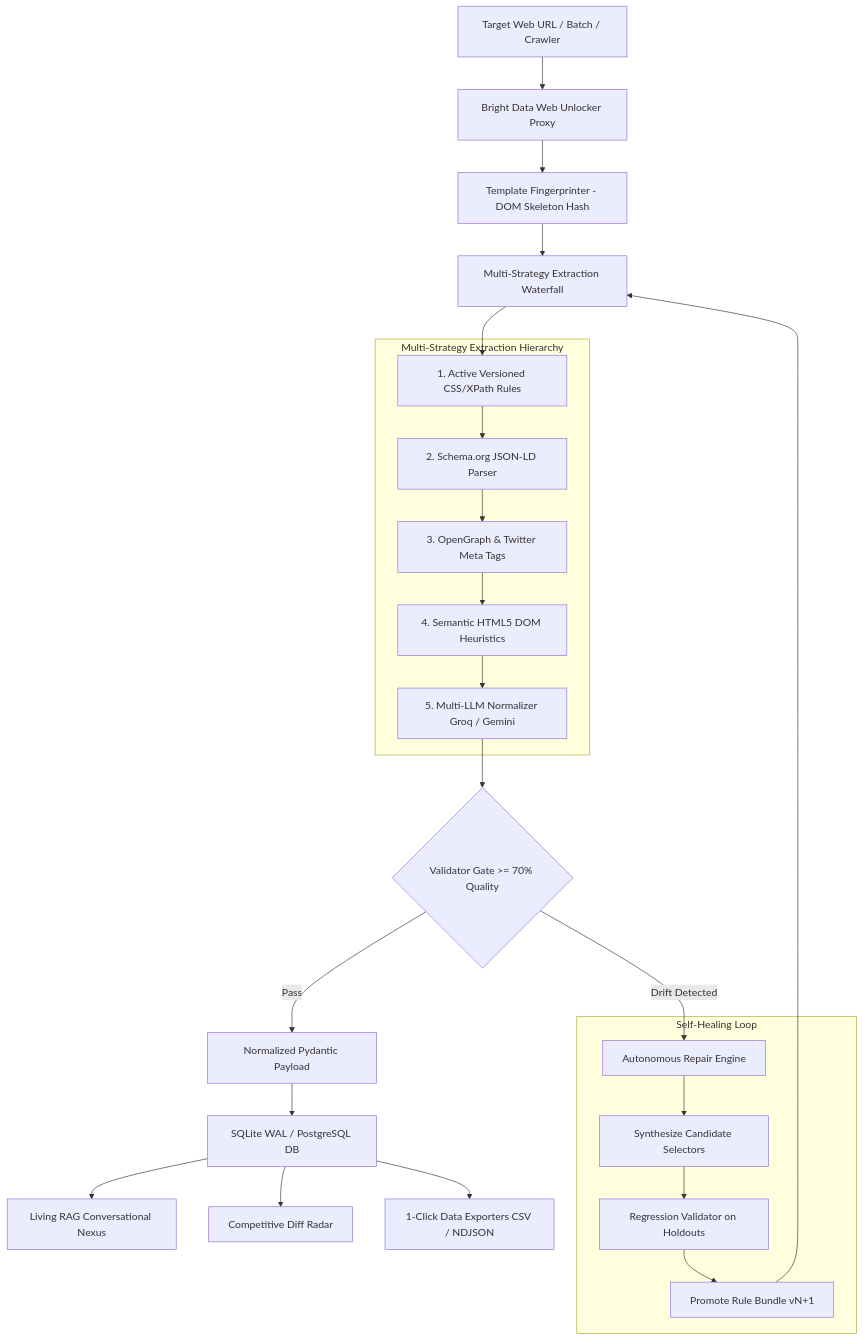
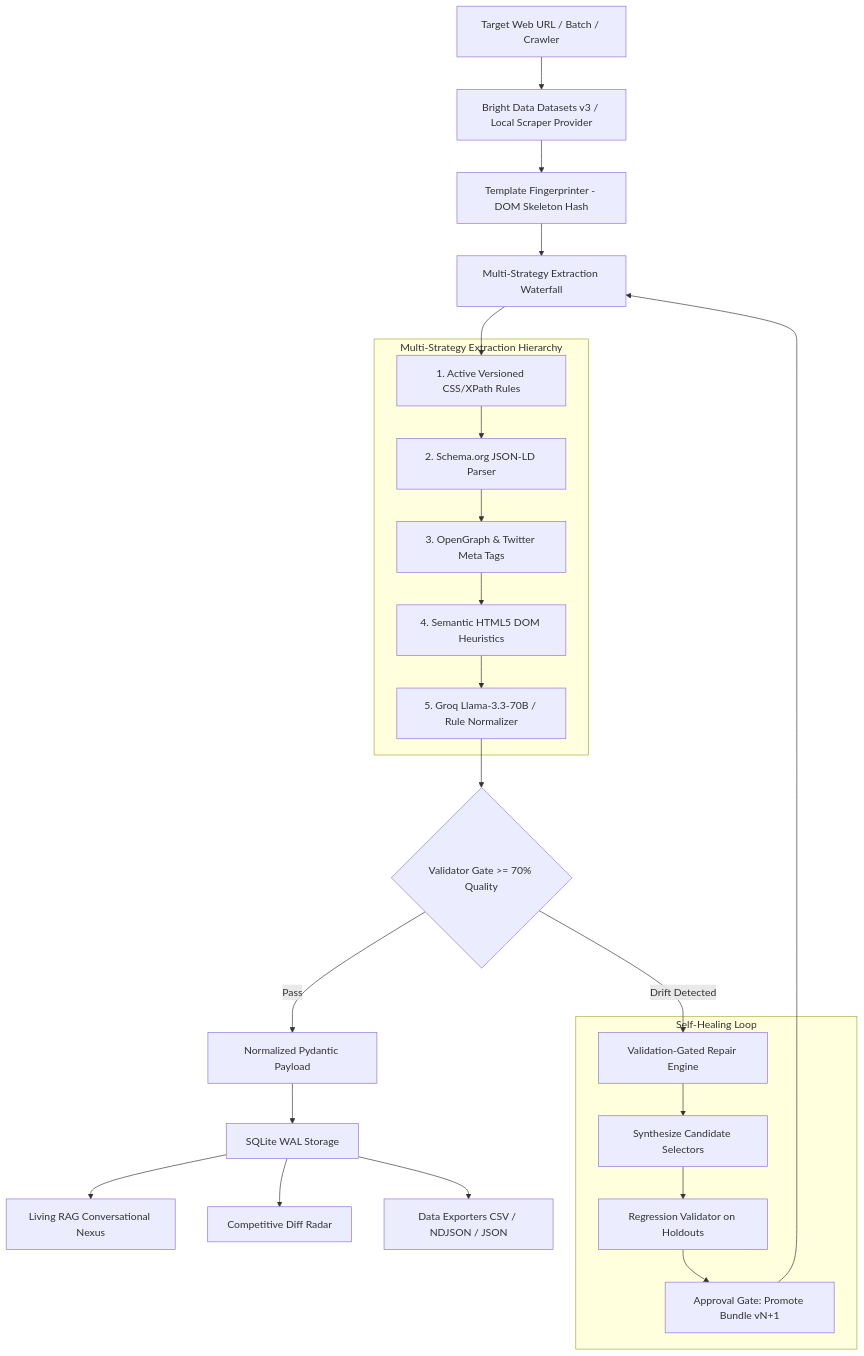
The diagram in README.md (akshat-lakhera/scrapper), drawn with Mermaid before and after one commit. The commit also changed other lines of this file, not shown here.

````diff
--- a/README.md
+++ b/README.md
@@ -194,32 +220,32 @@
 ```mermaid
 graph TD
-    A[Target Web URL / Batch / Crawler] --> B[Bright Data Web Unlocker Proxy]
+    A[Target Web URL / Batch / Crawler] --> B[Bright Data Datasets v3 / Local Scraper Provider]
     B --> C[Template Fingerprinter - DOM Skeleton Hash]
     C --> D[Multi-Strategy Extraction Waterfall]
     
     subgraph Multi-Strategy Extraction Hierarchy
         D1[1. Active Versioned CSS/XPath Rules]
         D2[2. Schema.org JSON-LD Parser]
         D3[3. OpenGraph & Twitter Meta Tags]
         D4[4. Semantic HTML5 DOM Heuristics]
-        D5[5. Multi-LLM Normalizer Groq / Gemini]
+        D5[5. Groq Llama-3.3-70B / Rule Normalizer]
     end
     
     D --> D1 --> D2 --> D3 --> D4 --> D5
     D5 --> E{Validator Gate >= 70% Quality}
     
     E -- Pass --> F[Normalized Pydantic Payload]
-    E -- Drift Detected --> G[Autonomous Repair Engine]
+    E -- Drift Detected --> G[Validation-Gated Repair Engine]
     
     subgraph Self-Healing Loop
         G --> H[Synthesize Candidate Selectors]
         H --> I[Regression Validator on Holdouts]
-        I --> J[Promote Rule Bundle vN+1]
+        I --> J[Approval Gate: Promote Bundle vN+1]
     end
     
     J --> D
-    F --> K[SQLite WAL / PostgreSQL DB]
+    F --> K[SQLite WAL Storage]
     K --> L[Living RAG Conversational Nexus]
     K --> M[Competitive Diff Radar]
-    K --> N[1-Click Data Exporters CSV / NDJSON]
+    K --> N[Data Exporters CSV / NDJSON / JSON]
 ```
````
